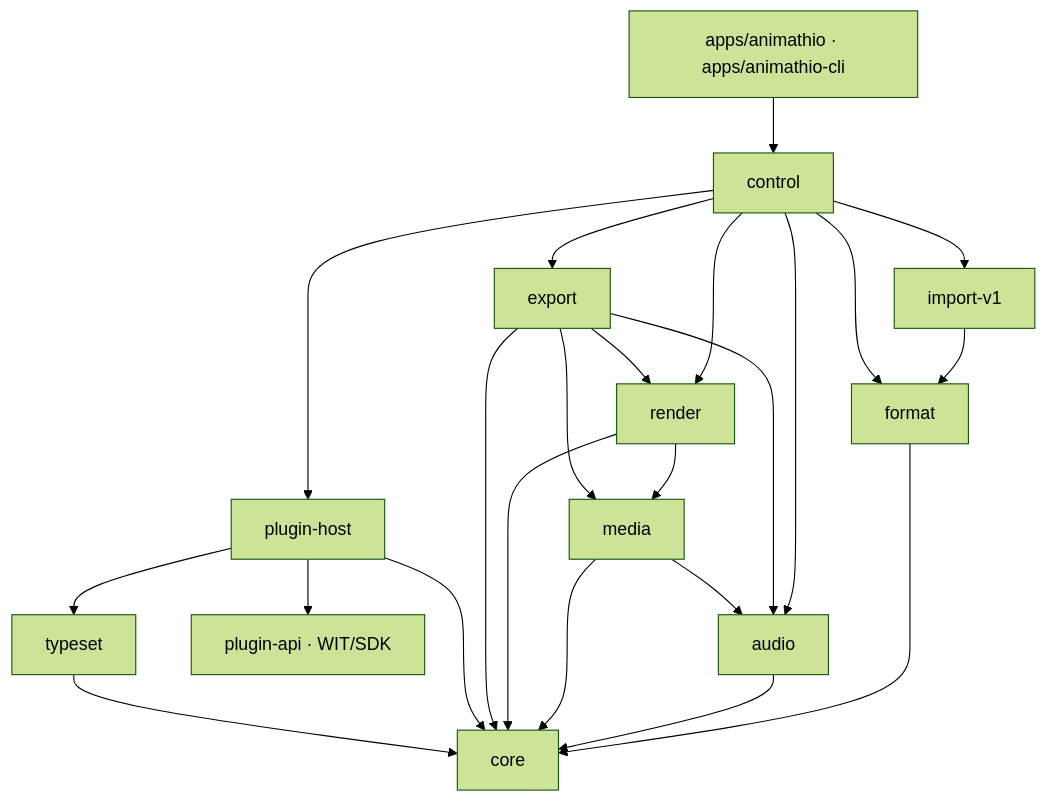
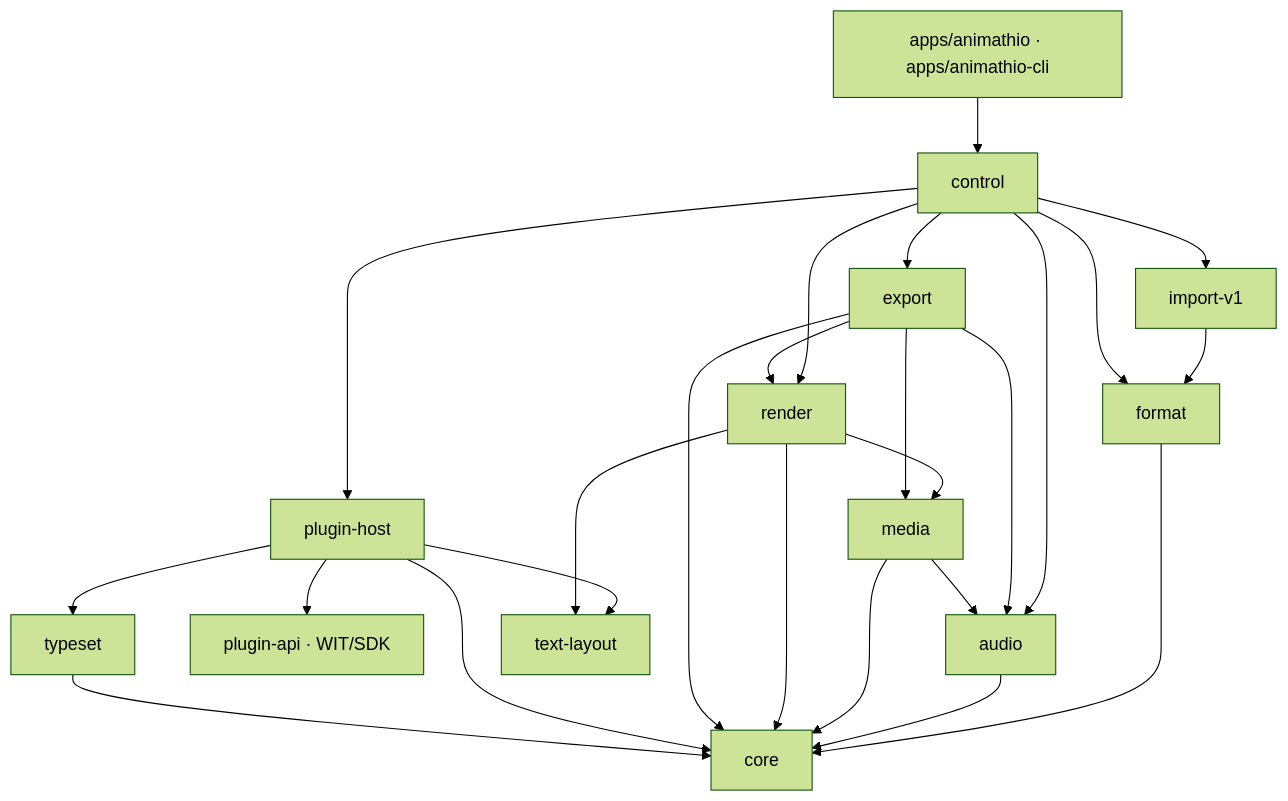
Before and after one commit to AniMathIO/AniMathIO: the first of 2 diagrams in docs/architecture.md, drawn with Mermaid (forest theme). The commit also changed other lines of this file and 58 other files, not shown here.

````diff
--- a/docs/architecture.md
+++ b/docs/architecture.md
@@ -40,25 +41,27 @@
 ```mermaid
 flowchart TD
     UI[apps/animathio · apps/animathio-cli] --> CTL[control]
     CTL --> IMP[import-v1]
     CTL --> RENDER[render]
     CTL --> AUDIO[audio]
     CTL --> EXPORT[export]
     RENDER --> MEDIA[media]
     EXPORT --> RENDER
     EXPORT --> MEDIA
     EXPORT --> AUDIO
     MEDIA --> AUDIO
     IMP --> FORMAT[format]
     CTL --> FORMAT
     FORMAT --> CORE[core]
     AUDIO --> CORE
     MEDIA --> CORE
     RENDER --> CORE
     EXPORT --> CORE
     CTL --> HOST[plugin-host]
     HOST --> API[plugin-api · WIT/SDK]
     HOST --> TYPESET[typeset]
+    HOST --> TEXTLAYOUT[text-layout]
+    RENDER --> TEXTLAYOUT
     HOST --> CORE
     TYPESET --> CORE
 ```
````
